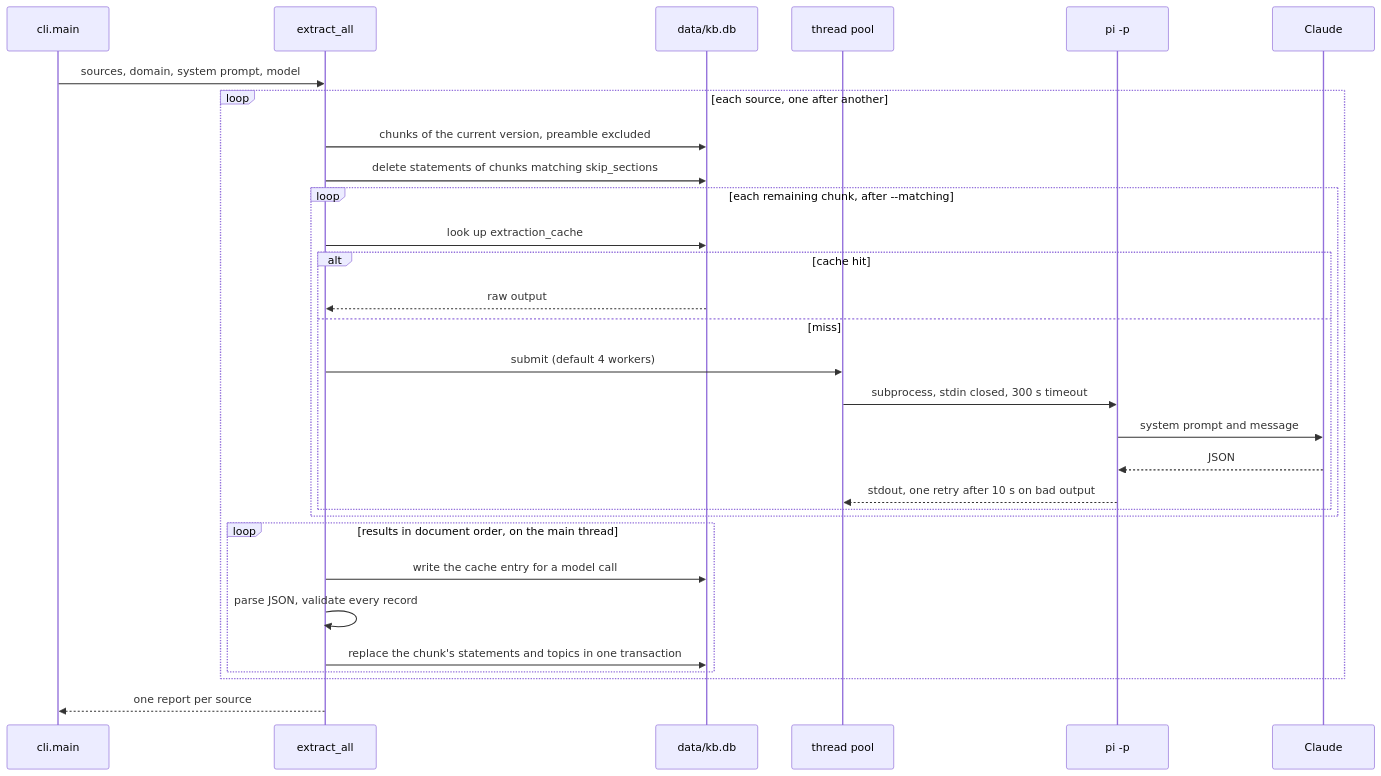
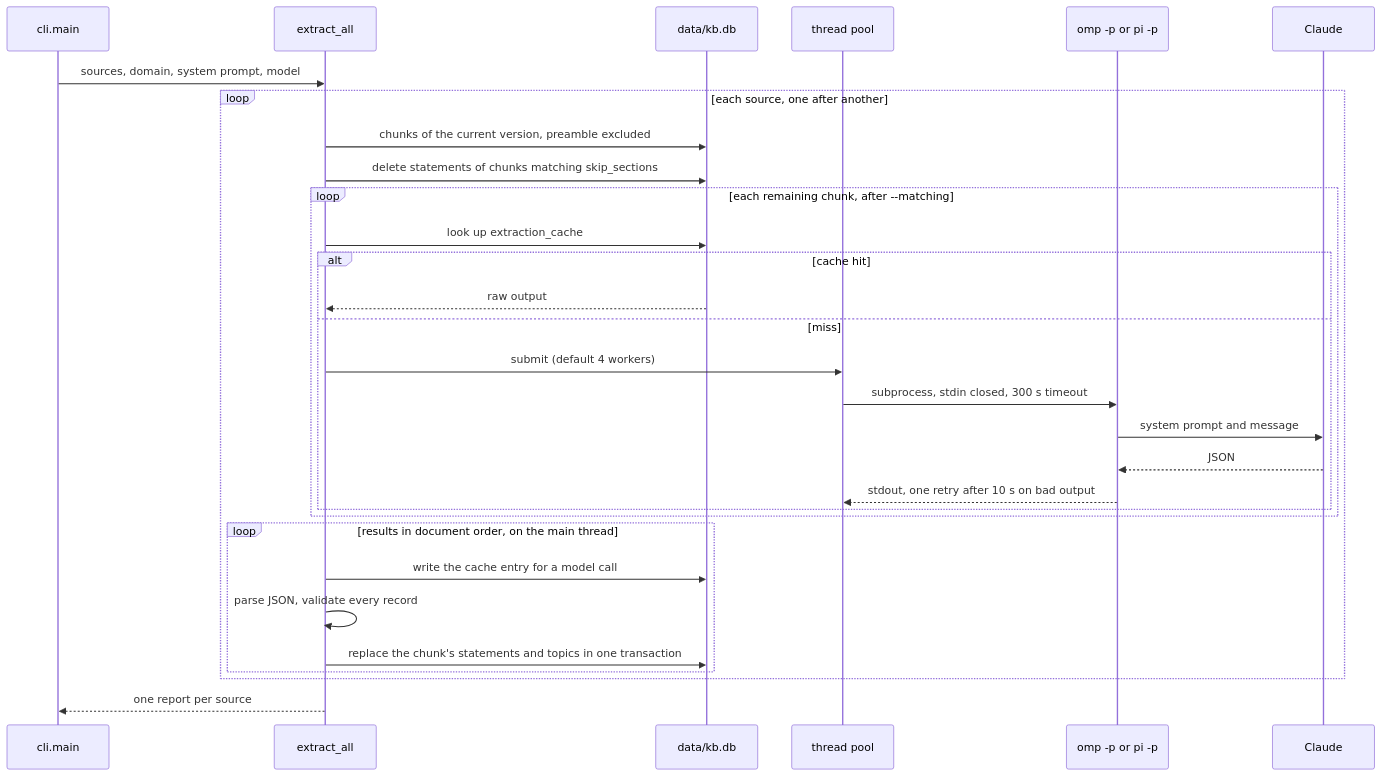
Diagram 13 of 26 in docs/architecture.md (matlockx/kb), drawn with Mermaid before and after one commit. The commit also changed other lines of this file and 6 other files, not shown here.

````diff
--- a/docs/architecture.md
+++ b/docs/architecture.md
@@ -532,32 +532,32 @@
 ```mermaid
 sequenceDiagram
     participant CLI as cli.main
     participant X as extract_all
     participant DB as data/kb.db
     participant POOL as thread pool
-    participant PI as pi -p
+    participant PI as omp -p or pi -p
     participant M as Claude
     CLI->>X: sources, domain, system prompt, model
     loop each source, one after another
         X->>DB: chunks of the current version, preamble excluded
         X->>DB: delete statements of chunks matching skip_sections
         loop each remaining chunk, after --matching
             X->>DB: look up extraction_cache
             alt cache hit
                 DB-->>X: raw output
             else miss
                 X->>POOL: submit (default 4 workers)
                 POOL->>PI: subprocess, stdin closed, 300 s timeout
                 PI->>M: system prompt and message
                 M-->>PI: JSON
                 PI-->>POOL: stdout, one retry after 10 s on bad output
             end
         end
         loop results in document order, on the main thread
             X->>DB: write the cache entry for a model call
             X->>X: parse JSON, validate every record
             X->>DB: replace the chunk's statements and topics in one transaction
         end
     end
     X-->>CLI: one report per source
 ```
````
